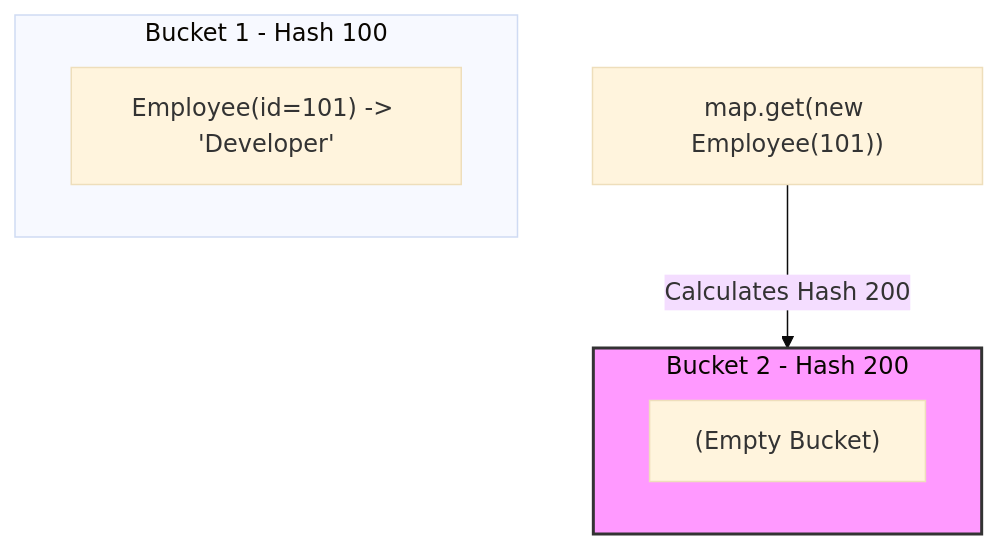
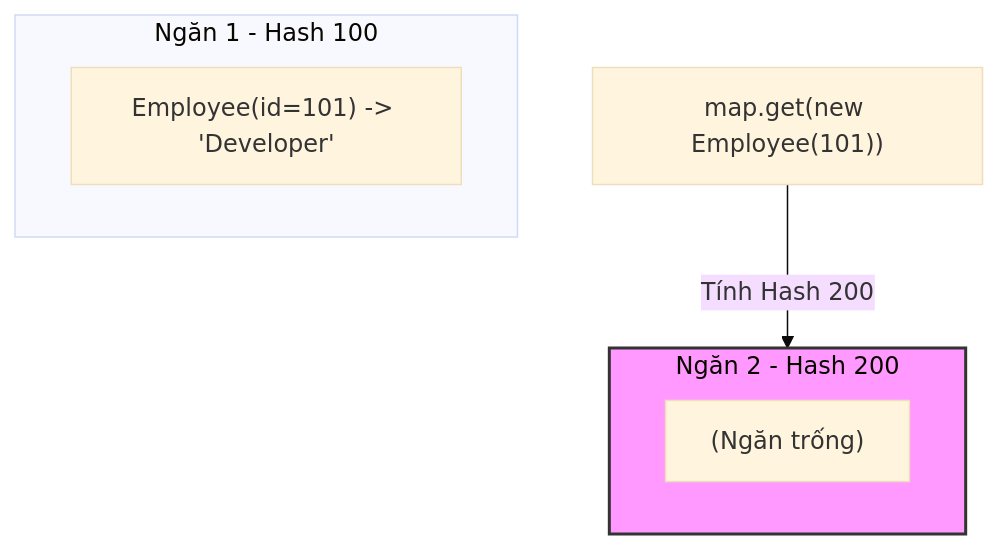
One commit to PhuThien2005/theoretical-of-java-core changed the third of 3 diagrams in vi/14-object-class/theory/02-contract-of-equals-concepts.md. Above: the diagram before and after it, drawn with Mermaid (base theme). The commit also changed other lines of this file and 229 other files, not shown here.

````diff
--- a/vi/14-object-class/theory/02-contract-of-equals-concepts.md
+++ b/vi/14-object-class/theory/02-contract-of-equals-concepts.md
@@ -254,11 +258,11 @@
 ```mermaid
 graph TD
-    subgraph Bucket1 [Bucket 1 - Hash 100]
+    subgraph Bucket1 ["Ngăn 1 - Hash 100"]
         E1["Employee(id=101) -> 'Developer'"]
     end
-    subgraph Bucket2 [Bucket 2 - Hash 200]
-        Empty["(Empty Bucket)"]
+    subgraph Bucket2 ["Ngăn 2 - Hash 200"]
+        Empty["(Ngăn trống)"]
     end
-    Lookup["map.get(new Employee(101))"] -->|Calculates Hash 200| Bucket2
+    Lookup["map.get(new Employee(101))"] -->|Tính Hash 200| Bucket2
     style Bucket2 fill:#f9f,stroke:#333,stroke-width:2px
 ```
````
